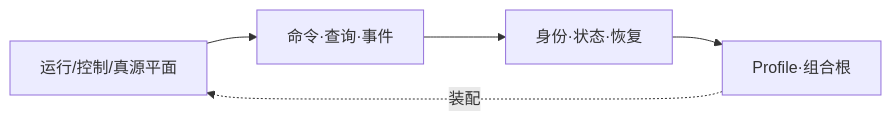
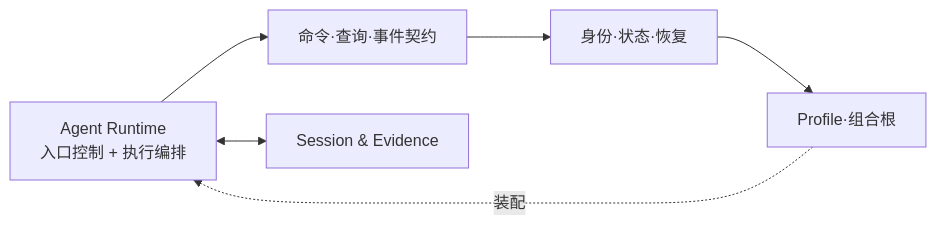
One commit to Cainheart/tracegraph-agent changed the first of 2 diagrams in docs/outlive-agent-v2/01-system-architecture/README.md. Above: the diagram before and after it, drawn with Mermaid. The commit also changed other lines of this file and 35 other files, not shown here.

First line of the commit message:
docs(architecture): 以 Agent Runtime 与 Session/Evidence 取代三平面模型

````diff
--- a/docs/outlive-agent-v2/01-system-architecture/README.md
+++ b/docs/outlive-agent-v2/01-system-architecture/README.md
@@ -15,7 +15,8 @@
 ```mermaid
 flowchart LR
-  P[运行/控制/真源平面] --> CE[命令·查询·事件]
+  P[Agent Runtime<br/>入口控制 + 执行编排] --> CE[命令·查询·事件契约]
   CE --> IR[身份·状态·恢复]
   IR --> PC[Profile·组合根]
   PC -.装配.-> P
+  P <--> SE[Session & Evidence]
 ```
````
